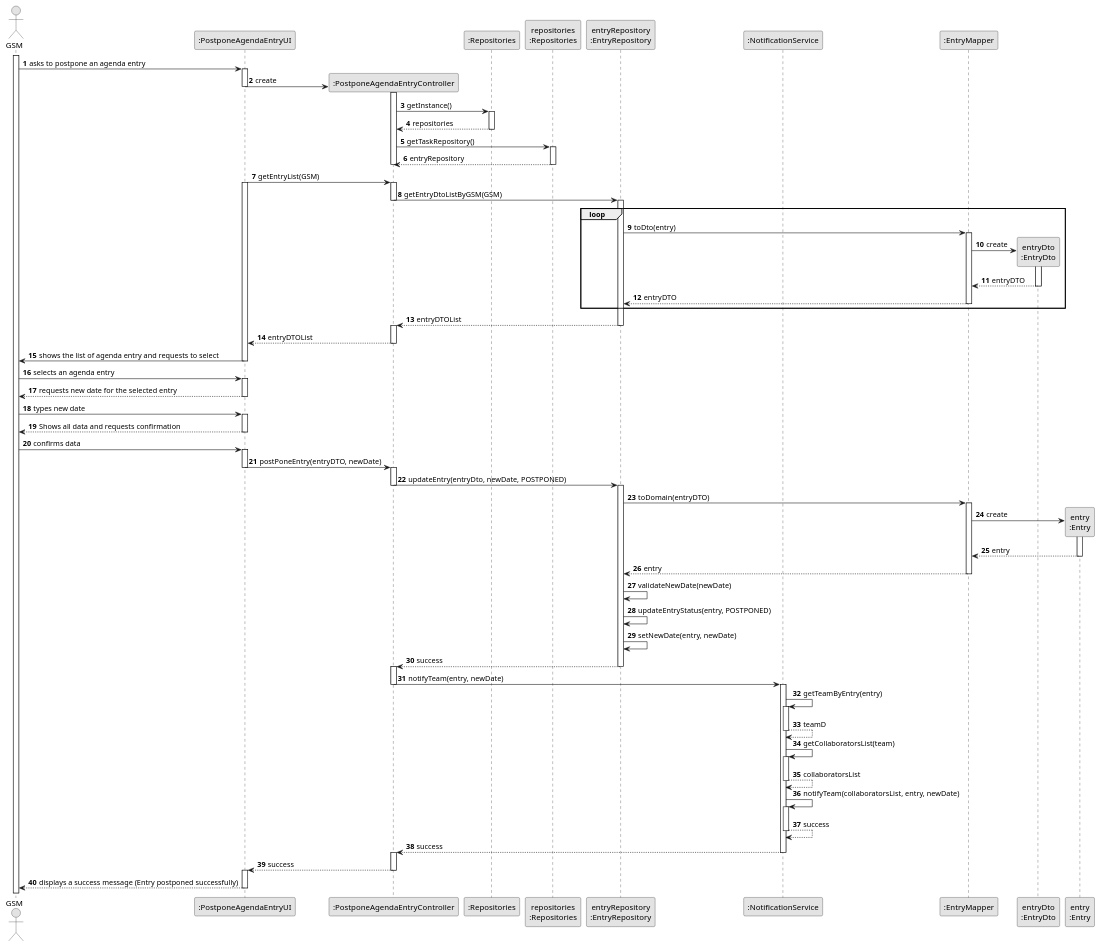
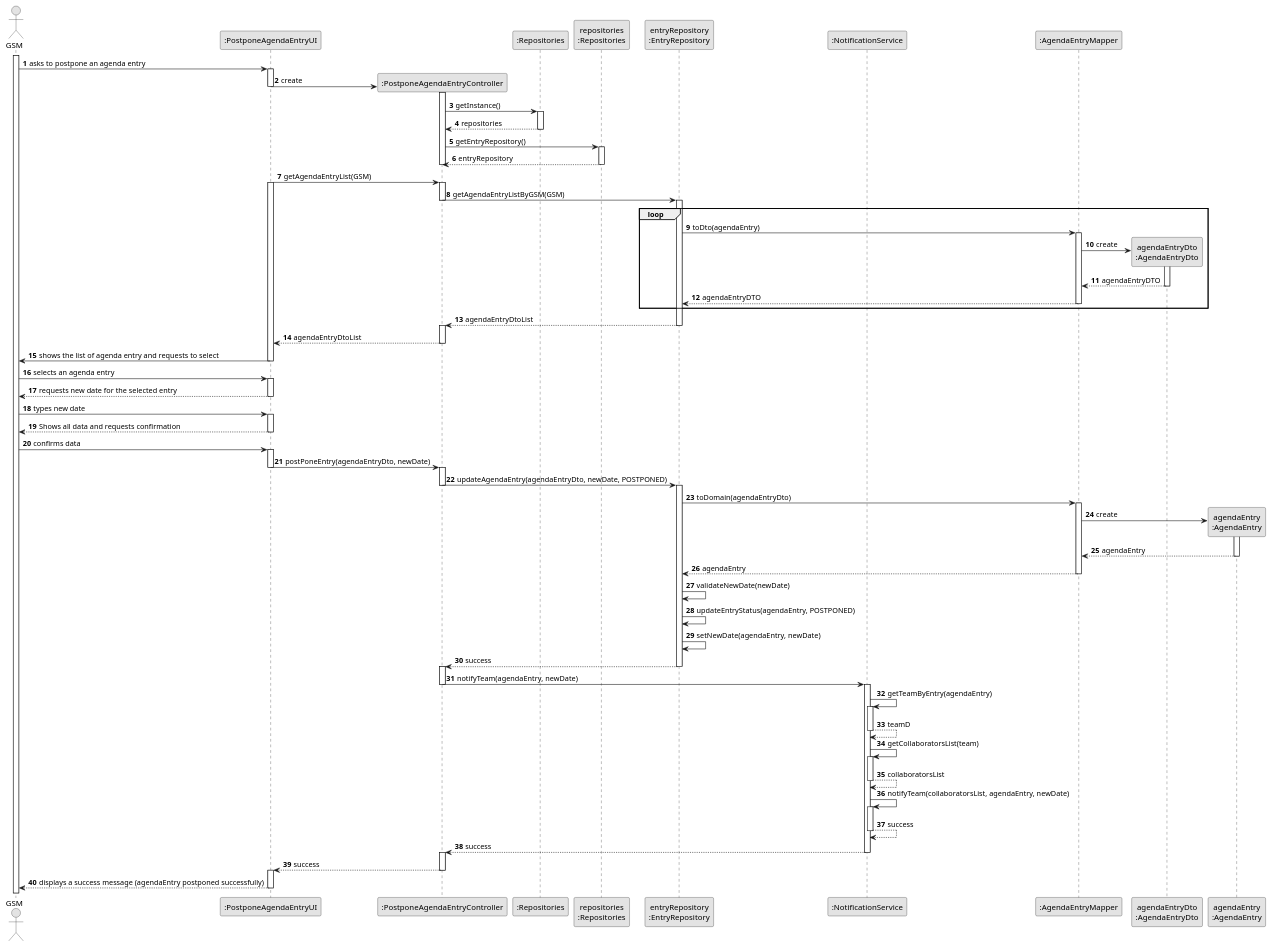
One commit to ricardomm7/leaflink changed the diagram in docs/sprintC/us024/03.design/puml/us024-sequence-diagram-full.puml. Above: the diagram before and after it, drawn with PlantUML. The commit also changed 4 other files, not shown here.

Commit message:
Changed US24 and US29 Sequence Diagram

```diff
--- a/docs/sprintC/us024/03.design/puml/us024-sequence-diagram-full.puml
+++ b/docs/sprintC/us024/03.design/puml/us024-sequence-diagram-full.puml
@@ -1,158 +1,158 @@
 @startuml
 skinparam monochrome true
 skinparam packageStyle rectangle
 skinparam shadowing false
 
 autonumber
 
 actor "GSM" as GSM
 participant ":PostponeAgendaEntryUI" as UI
 participant ":PostponeAgendaEntryController" as CTRL
 participant ":Repositories" as RepositorySingleton
 participant "repositories\n:Repositories" as PLAT
 participant "entryRepository\n:EntryRepository" as EntryRepo
 participant ":NotificationService" as NotificationService
-participant ":EntryMapper" as EntryMapper
-participant "entryDto\n:EntryDto" as EntryDto
-participant "entry\n:Entry" as Entry
+participant ":AgendaEntryMapper" as AgendaEntryMapper
+participant "agendaEntryDto\n:AgendaEntryDto" as AgendaEntryDto
+participant "agendaEntry\n:AgendaEntry" as AgendaEntry
 
 
 
 activate GSM
 
     GSM -> UI : asks to postpone an agenda entry
     activate UI
 
         UI -> CTRL **: create
         deactivate UI
         activate CTRL
 
             CTRL -> RepositorySingleton : getInstance()
             activate RepositorySingleton
 
                 RepositorySingleton --> CTRL : repositories
             deactivate RepositorySingleton
 
-            CTRL -> PLAT : getTaskRepository()
+            CTRL -> PLAT : getEntryRepository()
             activate PLAT
 
                 PLAT --> CTRL : entryRepository
             deactivate PLAT
 
              deactivate CTRL
 
         deactivate UI
 
-        UI -> CTRL: getEntryList(GSM)
+        UI -> CTRL: getAgendaEntryList(GSM)
         activate UI
         activate CTRL
 
-            CTRL -> EntryRepo: getEntryDtoListByGSM(GSM)
+            CTRL -> EntryRepo: getAgendaEntryListByGSM(GSM)
             deactivate CTRL
             activate EntryRepo
 
             loop
 
-            EntryRepo -> EntryMapper : toDto(entry)
-            activate EntryMapper
+            EntryRepo -> AgendaEntryMapper : toDto(agendaEntry)
+            activate AgendaEntryMapper
 
-                EntryMapper -> EntryDto** : create
-                activate EntryDto
+                AgendaEntryMapper -> AgendaEntryDto** : create
+                activate AgendaEntryDto
 
-                EntryDto --> EntryMapper : entryDTO
-                deactivate EntryDto
+                AgendaEntryDto --> AgendaEntryMapper : agendaEntryDTO
+                deactivate AgendaEntryDto
 
-            EntryMapper --> EntryRepo : entryDTO
-            deactivate EntryMapper
+            AgendaEntryMapper --> EntryRepo : agendaEntryDTO
+            deactivate AgendaEntryMapper
             end
 
-            EntryRepo --> CTRL : entryDTOList
+            EntryRepo --> CTRL : agendaEntryDtoList
             deactivate EntryRepo
             activate CTRL
 
-            CTRL --> UI : entryDTOList
+            CTRL --> UI : agendaEntryDtoList
         deactivate CTRL
 
         UI -> GSM : shows the list of agenda entry and requests to select
     deactivate UI
 
     GSM -> UI : selects an agenda entry
     activate UI
 
         UI --> GSM : requests new date for the selected entry
     deactivate UI
 
     GSM -> UI : types new date
     activate UI
 
     UI --> GSM : Shows all data and requests confirmation
     deactivate UI
 
     GSM -> UI: confirms data
     activate UI
 
-        UI -> CTRL : postPoneEntry(entryDTO, newDate)
+        UI -> CTRL : postPoneEntry(agendaEntryDto, newDate)
         deactivate UI
         activate CTRL
 
 
-            CTRL -> EntryRepo : updateEntry(entryDto, newDate, POSTPONED)
+            CTRL -> EntryRepo : updateAgendaEntry(agendaEntryDto, newDate, POSTPONED)
             deactivate CTRL
             activate EntryRepo
 
-            EntryRepo -> EntryMapper : toDomain(entryDTO)
-            activate EntryMapper
+            EntryRepo -> AgendaEntryMapper : toDomain(agendaEntryDto)
+            activate AgendaEntryMapper
 
 
-                EntryMapper -> Entry** : create
-                activate Entry
+                AgendaEntryMapper -> AgendaEntry** : create
+                activate AgendaEntry
 
-                Entry --> EntryMapper : entry
-                deactivate Entry
+                AgendaEntry --> AgendaEntryMapper : agendaEntry
+                deactivate AgendaEntry
 
 
-            EntryMapper --> EntryRepo : entry
-            deactivate EntryMapper
+            AgendaEntryMapper --> EntryRepo : agendaEntry
+            deactivate AgendaEntryMapper
 
                 EntryRepo -> EntryRepo : validateNewDate(newDate)
-                EntryRepo -> EntryRepo : updateEntryStatus(entry, POSTPONED)
-                EntryRepo -> EntryRepo : setNewDate(entry, newDate)
+                EntryRepo -> EntryRepo : updateEntryStatus(agendaEntry, POSTPONED)
+                EntryRepo -> EntryRepo : setNewDate(agendaEntry, newDate)
 
             EntryRepo --> CTRL : success
             deactivate EntryRepo
             activate CTRL
 
-            CTRL -> NotificationService : notifyTeam(entry, newDate)
+            CTRL -> NotificationService : notifyTeam(agendaEntry, newDate)
             deactivate CTRL
             activate NotificationService
 
-                NotificationService -> NotificationService : getTeamByEntry(entry)
+                NotificationService -> NotificationService : getTeamByEntry(agendaEntry)
                 activate NotificationService
 
                 NotificationService --> NotificationService : teamD
                 deactivate NotificationService
 
                 NotificationService -> NotificationService : getCollaboratorsList(team)
                 activate NotificationService
 
                 NotificationService --> NotificationService : collaboratorsList
                 deactivate NotificationService
 
-                NotificationService -> NotificationService : notifyTeam(collaboratorsList, entry, newDate)
+                NotificationService -> NotificationService : notifyTeam(collaboratorsList, agendaEntry, newDate)
                 activate NotificationService
 
                 NotificationService --> NotificationService : success
                 deactivate NotificationService
 
                 NotificationService --> CTRL : success
                 deactivate NotificationService
         activate CTRL
 
         CTRL --> UI : success
     deactivate CTRL
     activate UI
 
-    UI --> GSM : displays a success message (Entry postponed successfully)
+    UI --> GSM : displays a success message (agendaEntry postponed successfully)
 deactivate UI
 
 @enduml
```
